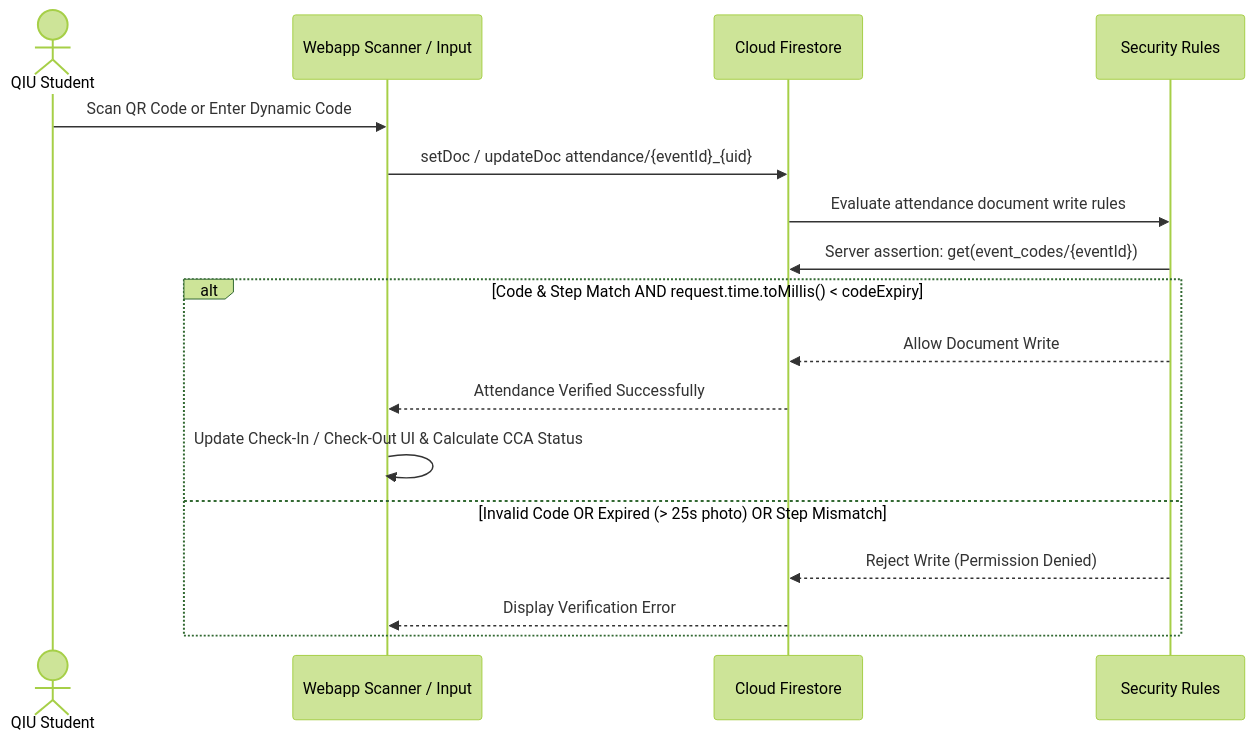
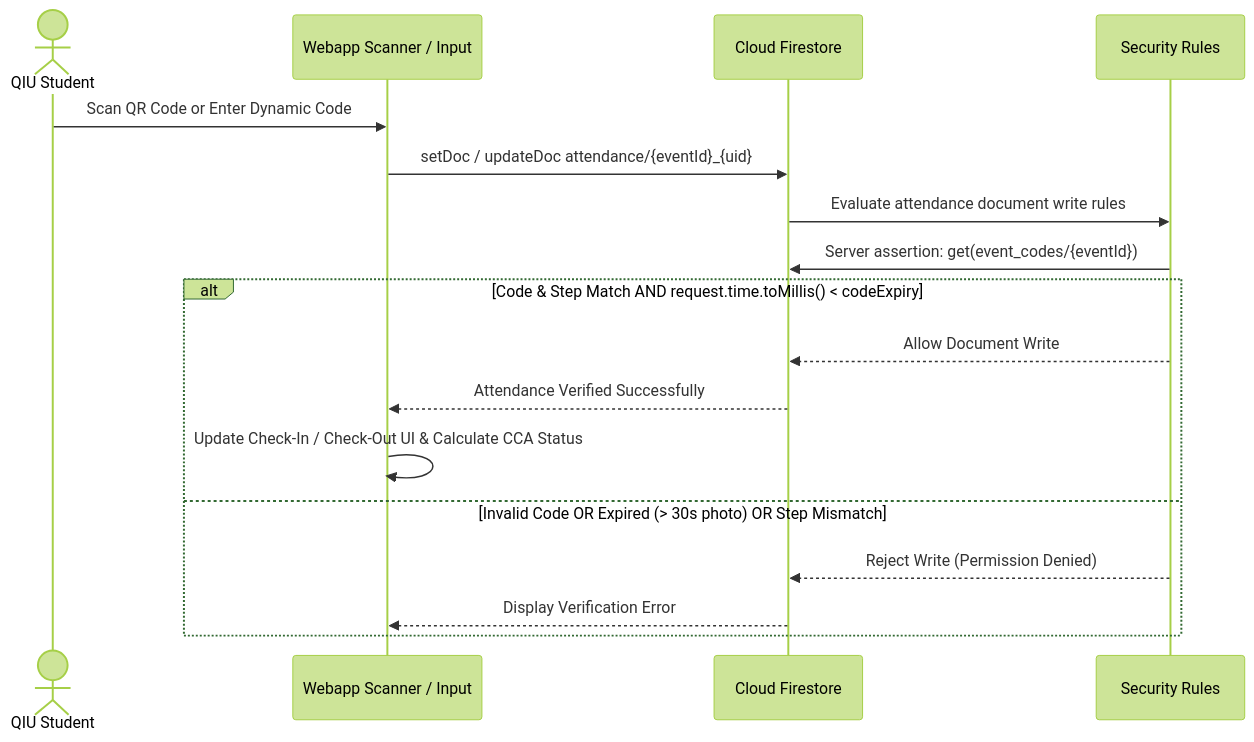
The fourth of 4 diagrams in webapp/docs/SOFTWARE_DOCUMENTATION.md (SooYM/QIU-Industry-Webapp), drawn with Mermaid (forest theme) before and after one commit. The commit also changed other lines of this file and 2 other files, not shown here.

````diff
--- a/webapp/docs/SOFTWARE_DOCUMENTATION.md
+++ b/webapp/docs/SOFTWARE_DOCUMENTATION.md
@@ -371,20 +402,20 @@
 ```mermaid
 sequenceDiagram
     actor Student as QIU Student
     participant Scanner as Webapp Scanner / Input
     participant DB as Cloud Firestore
     participant Rules as Security Rules
 
     Student->>Scanner: Scan QR Code or Enter Dynamic Code
     Scanner->>DB: setDoc / updateDoc attendance/{eventId}_{uid}
     DB->>Rules: Evaluate attendance document write rules
     Rules->>DB: Server assertion: get(event_codes/{eventId})
     alt Code & Step Match AND request.time.toMillis() < codeExpiry
         Rules-->>DB: Allow Document Write
         DB-->>Scanner: Attendance Verified Successfully
         Scanner->>Scanner: Update Check-In / Check-Out UI & Calculate CCA Status
-    else Invalid Code OR Expired (> 25s photo) OR Step Mismatch
+    else Invalid Code OR Expired (> 30s photo) OR Step Mismatch
         Rules-->>DB: Reject Write (Permission Denied)
         DB-->>Scanner: Display Verification Error
     end
 ```
````
